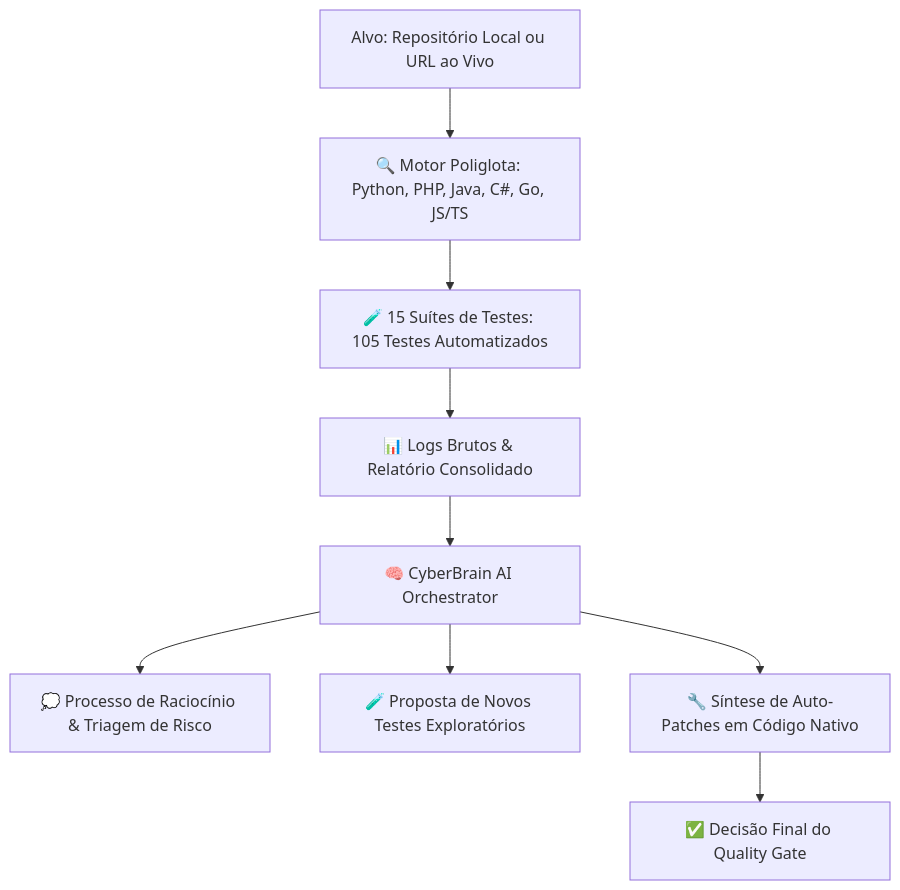
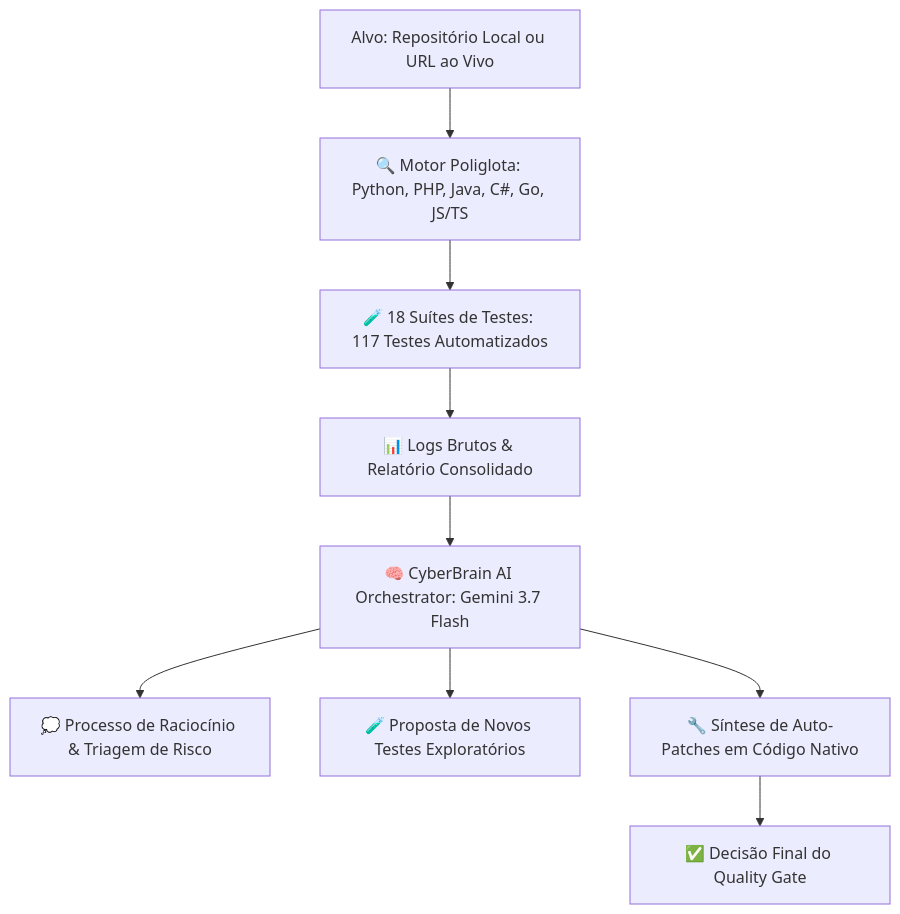
Before and after one commit to matheus-oliv-dev/ObsidianSec: the diagram in README.md, drawn with Mermaid. The commit also changed other lines of this file and 3 other files, not shown here.

````diff
--- a/README.md
+++ b/README.md
@@ -21,11 +21,11 @@
 ```mermaid
 graph TD
     A[Alvo: Repositório Local ou URL ao Vivo] --> B[🔍 Motor Poliglota: Python, PHP, Java, C#, Go, JS/TS]
-    B --> C[🧪 15 Suítes de Testes: 105 Testes Automatizados]
+    B --> C[🧪 18 Suítes de Testes: 117 Testes Automatizados]
     C --> D[📊 Logs Brutos & Relatório Consolidado]
-    D --> E[🧠 CyberBrain AI Orchestrator]
+    D --> E[🧠 CyberBrain AI Orchestrator: Gemini 3.7 Flash]
     E --> F[💭 Processo de Raciocínio & Triagem de Risco]
     E --> G[🧪 Proposta de Novos Testes Exploratórios]
     E --> H[🔧 Síntese de Auto-Patches em Código Nativo]
     H --> I[✅ Decisão Final do Quality Gate]
 ```
````
